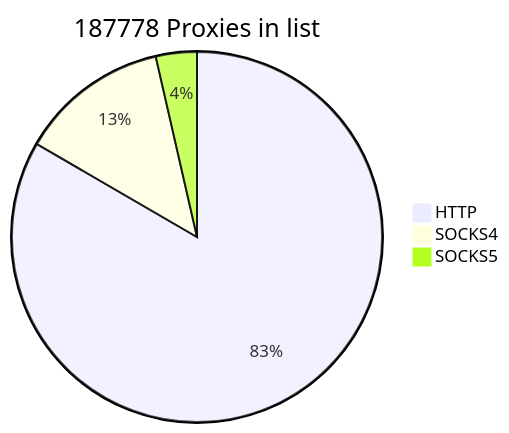
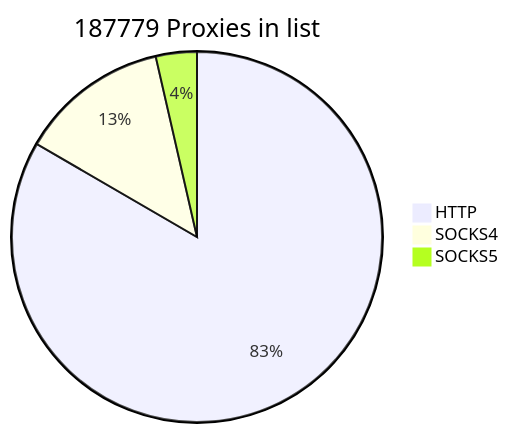
Before and after one commit to cutipu/proxylist: the first of 2 diagrams in README.md, drawn with Mermaid. The commit also changed other lines of this file, not shown here.

````diff
--- a/README.md
+++ b/README.md
@@ -2,7 +2,7 @@
 ```mermaid
-pie title 187778 Proxies in list
+pie title 187779 Proxies in list
     "HTTP" : 156548
     "SOCKS4" : 24510
-    "SOCKS5" : 6720
+    "SOCKS5" : 6721
             
 ```
````
